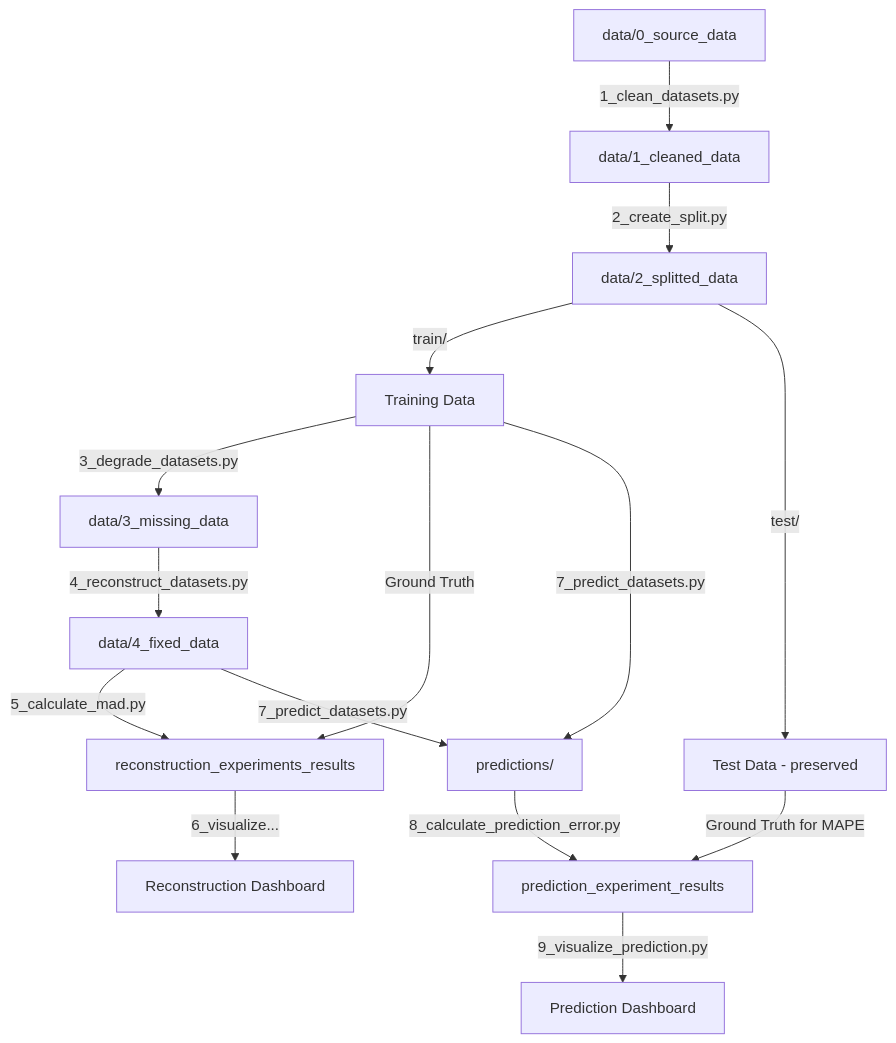
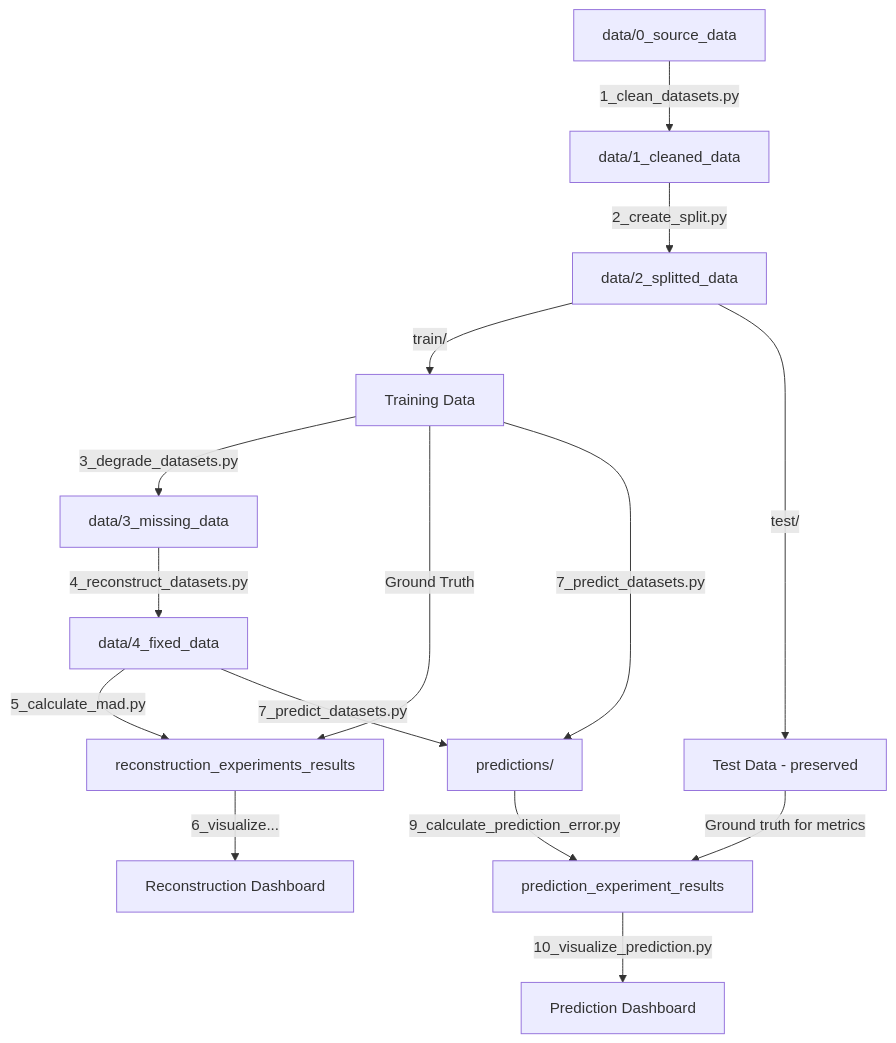
The diagram in README.md (DariuszKobiela/uniTS-MissRecoPred), drawn with Mermaid before and after one commit. The commit also changed other lines of this file and 13 other files, not shown here.

````diff
--- a/README.md
+++ b/README.md
@@ -547,17 +558,17 @@
 ```mermaid
 graph TD
     A[data/0_source_data] -->|1_clean_datasets.py| B[data/1_cleaned_data]
     B -->|2_create_split.py| C[data/2_splitted_data]
     C -->|train/| D[Training Data]
     C -->|test/| E[Test Data - preserved]
     D -->|3_degrade_datasets.py| F[data/3_missing_data]
     F -->|4_reconstruct_datasets.py| G[data/4_fixed_data]
     G -->|5_calculate_mad.py| H[reconstruction_experiments_results]
     D -->|Ground Truth| H
     H -->|6_visualize...| I[Reconstruction Dashboard]
     D -->|7_predict_datasets.py| J[predictions/]
     G -->|7_predict_datasets.py| J
-    J -->|8_calculate_prediction_error.py| K[prediction_experiment_results]
-    E -->|Ground Truth for MAPE| K
-    K -->|9_visualize_prediction.py| L[Prediction Dashboard]
+    J -->|9_calculate_prediction_error.py| K[prediction_experiment_results]
+    E -->|Ground truth for metrics| K
+    K -->|10_visualize_prediction.py| L[Prediction Dashboard]
 ```
````
